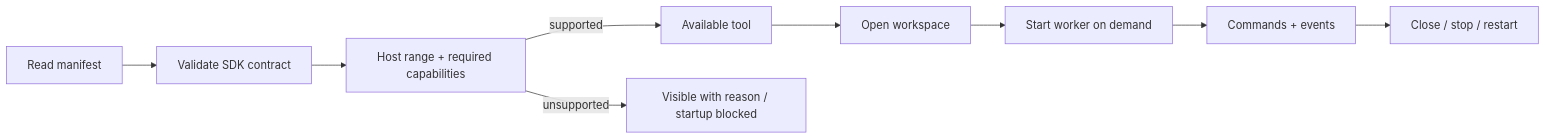
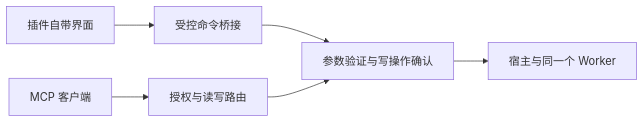
The diagram in docs/architecture.md (Sharanie0612/Cove-Studio), drawn with Mermaid before and after one commit. The commit also changed other lines of this file and 64 other files, not shown here.

````diff
--- a/docs/architecture.md
+++ b/docs/architecture.md
@@ -103,11 +22,8 @@
 ```mermaid
 flowchart LR
-    Scan[Read manifest] --> Validate[Validate SDK contract]
-    Validate --> Check[Host range + required capabilities]
-    Check -->|supported| Catalog[Available tool]
-    Check -->|unsupported| Blocked[Visible with reason / startup blocked]
-    Catalog --> Open[Open workspace]
-    Open --> Start[Start worker on demand]
-    Start --> Active[Commands + events]
-    Active --> Stop[Close / stop / restart]
+  View[插件自带界面] --> Bridge[受控命令桥接]
+  Bridge --> Policy[参数验证与写操作确认]
+  Policy --> Host[宿主与同一个 Worker]
+  Client[MCP 客户端] --> Grants[授权与读写路由]
+  Grants --> Policy
 ```
````
